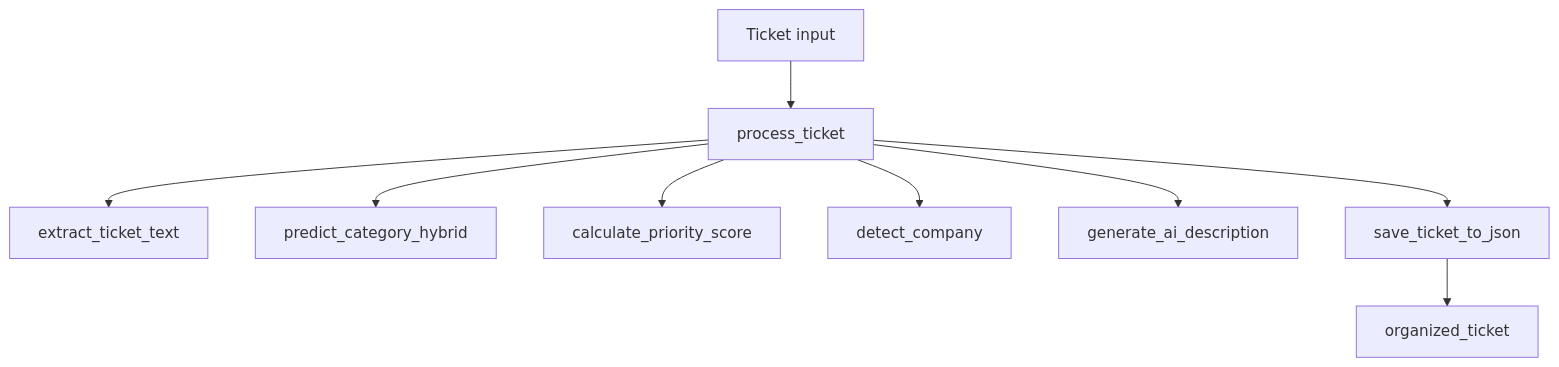
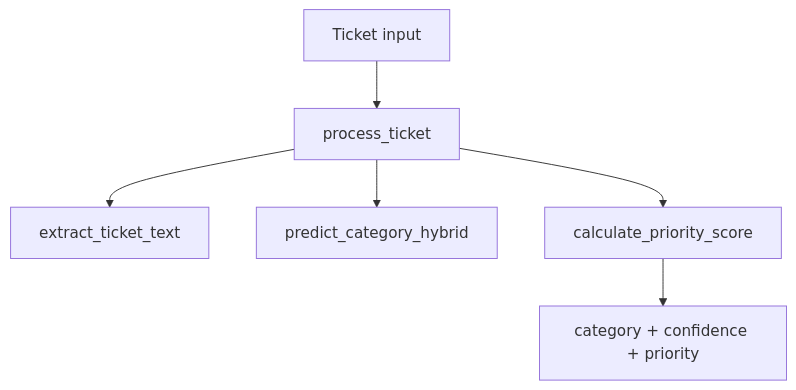
Before and after one commit to Plymouth-University/comp2003-2025-2026-team-3: the third of 3 diagrams in docs/services/ai-service/architecture.md, drawn with Mermaid. The commit also changed other lines of this file and 5 other files, not shown here.

````diff
--- a/docs/services/ai-service/architecture.md
+++ b/docs/services/ai-service/architecture.md
@@ -202,11 +147,8 @@
 ```mermaid
 flowchart TD
   Input[Ticket input] --> Processor[process_ticket]
   Processor --> Text[extract_ticket_text]
   Processor --> Categorizer[predict_category_hybrid]
   Processor --> Priority[calculate_priority_score]
-  Processor --> Company[detect_company]
-  Processor --> Description[generate_ai_description]
-  Processor --> Storage[save_ticket_to_json]
-  Storage --> Output[organized_ticket]
+  Priority --> Output[category + confidence + priority]
 ```
````
